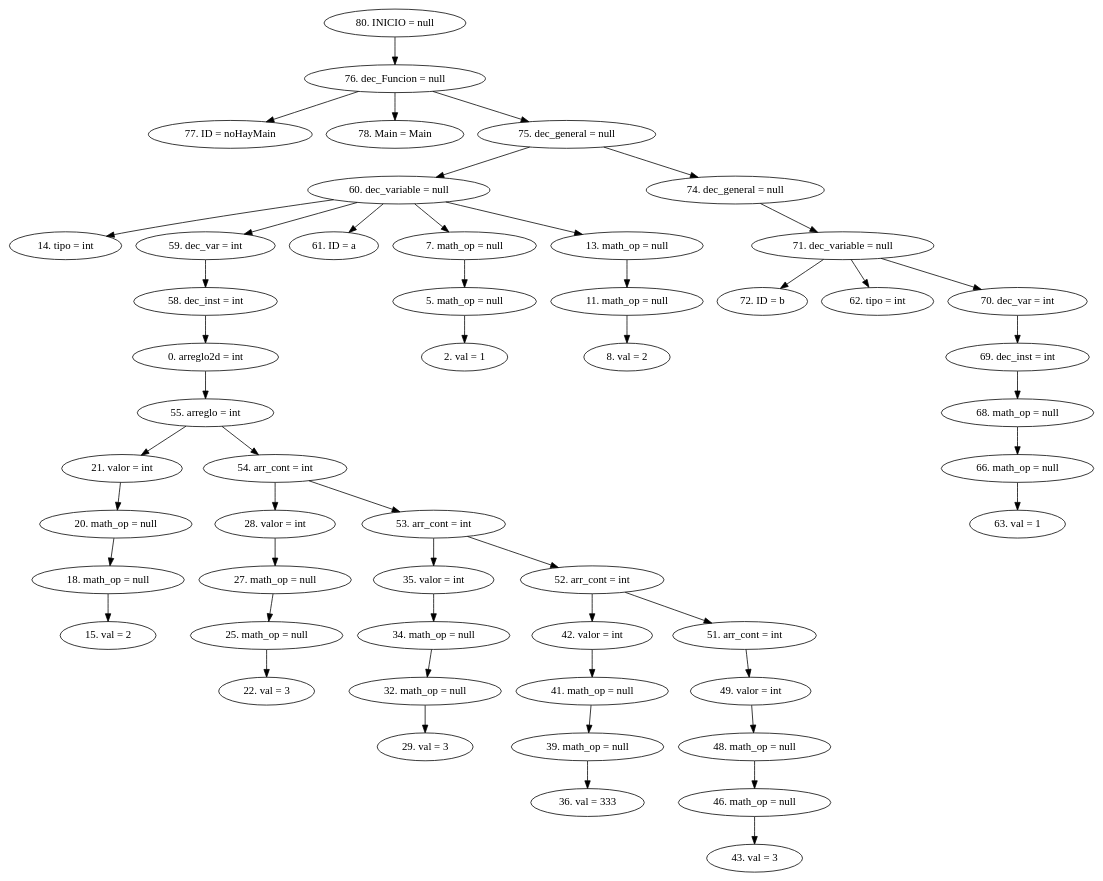
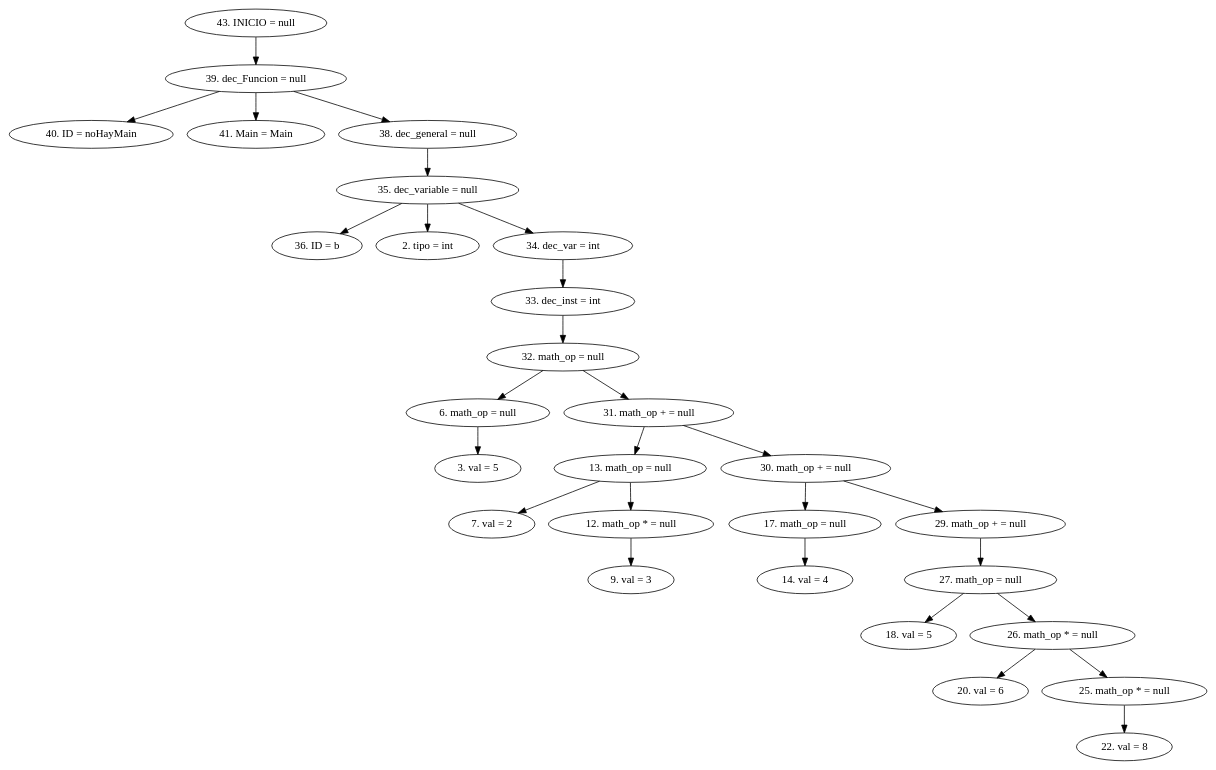
Before and after one commit to CarlosSosVos/NACHTs: the diagram in AST.dot, drawn with Graphviz. The commit also changed 18 other files, not shown here.

```diff
--- a/AST.dot
+++ b/AST.dot
@@ -1,54 +1,31 @@
 digraph G {
-"80. INICIO = null"->"76. dec_Funcion = null"
-"76. dec_Funcion = null"->"77. ID = noHayMain"
-"76. dec_Funcion = null"->"78. Main = Main"
-"76. dec_Funcion = null"->"75. dec_general = null"
-"75. dec_general = null"->"60. dec_variable = null"
-"60. dec_variable = null"->"14. tipo = int"
-"60. dec_variable = null"->"59. dec_var = int"
-"59. dec_var = int"->"58. dec_inst = int"
-"58. dec_inst = int"->"0. arreglo2d = int"
-"0. arreglo2d = int"->"55. arreglo = int"
-"55. arreglo = int"->"21. valor = int"
-"21. valor = int"->"20. math_op = null"
-"20. math_op = null"->"18. math_op = null"
-"18. math_op = null"->"15. val = 2"
-"55. arreglo = int"->"54. arr_cont = int"
-"54. arr_cont = int"->"28. valor = int"
-"28. valor = int"->"27. math_op = null"
-"27. math_op = null"->"25. math_op = null"
-"25. math_op = null"->"22. val = 3"
-"54. arr_cont = int"->"53. arr_cont = int"
-"53. arr_cont = int"->"35. valor = int"
-"35. valor = int"->"34. math_op = null"
-"34. math_op = null"->"32. math_op = null"
-"32. math_op = null"->"29. val = 3"
-"53. arr_cont = int"->"52. arr_cont = int"
-"52. arr_cont = int"->"42. valor = int"
-"42. valor = int"->"41. math_op = null"
-"41. math_op = null"->"39. math_op = null"
-"39. math_op = null"->"36. val = 333"
-"52. arr_cont = int"->"51. arr_cont = int"
-"51. arr_cont = int"->"49. valor = int"
-"49. valor = int"->"48. math_op = null"
-"48. math_op = null"->"46. math_op = null"
-"46. math_op = null"->"43. val = 3"
-"60. dec_variable = null"->"61. ID = a"
-"60. dec_variable = null"->"7. math_op = null"
-"7. math_op = null"->"5. math_op = null"
-"5. math_op = null"->"2. val = 1"
-"60. dec_variable = null"->"13. math_op = null"
-"13. math_op = null"->"11. math_op = null"
-"11. math_op = null"->"8. val = 2"
-"75. dec_general = null"->"74. dec_general = null"
-"74. dec_general = null"->"71. dec_variable = null"
-"71. dec_variable = null"->"72. ID = b"
-"71. dec_variable = null"->"62. tipo = int"
-"71. dec_variable = null"->"70. dec_var = int"
-"70. dec_var = int"->"69. dec_inst = int"
-"69. dec_inst = int"->"68. math_op = null"
-"68. math_op = null"->"66. math_op = null"
-"66. math_op = null"->"63. val = 1"
+"43. INICIO = null"->"39. dec_Funcion = null"
+"39. dec_Funcion = null"->"40. ID = noHayMain"
+"39. dec_Funcion = null"->"41. Main = Main"
+"39. dec_Funcion = null"->"38. dec_general = null"
+"38. dec_general = null"->"35. dec_variable = null"
+"35. dec_variable = null"->"36. ID = b"
+"35. dec_variable = null"->"2. tipo = int"
+"35. dec_variable = null"->"34. dec_var = int"
+"34. dec_var = int"->"33. dec_inst = int"
+"33. dec_inst = int"->"32. math_op = null"
+"32. math_op = null"->"6. math_op = null"
+"6. math_op = null"->"3. val = 5"
+"32. math_op = null"->"31. math_op + = null"
+"31. math_op + = null"->"13. math_op = null"
+"13. math_op = null"->"7. val = 2"
+"13. math_op = null"->"12. math_op * = null"
+"12. math_op * = null"->"9. val = 3"
+"31. math_op + = null"->"30. math_op + = null"
+"30. math_op + = null"->"17. math_op = null"
+"17. math_op = null"->"14. val = 4"
+"30. math_op + = null"->"29. math_op + = null"
+"29. math_op + = null"->"27. math_op = null"
+"27. math_op = null"->"18. val = 5"
+"27. math_op = null"->"26. math_op * = null"
+"26. math_op * = null"->"20. val = 6"
+"26. math_op * = null"->"25. math_op * = null"
+"25. math_op * = null"->"22. val = 8"
 
 
 }
```
